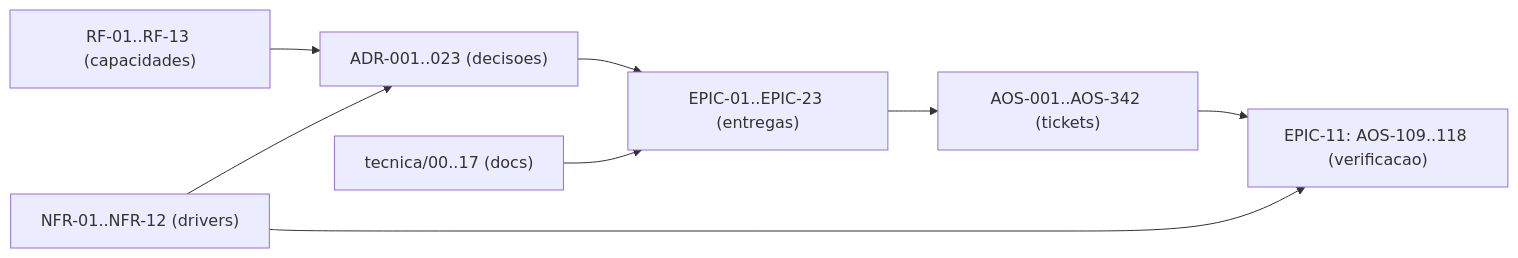
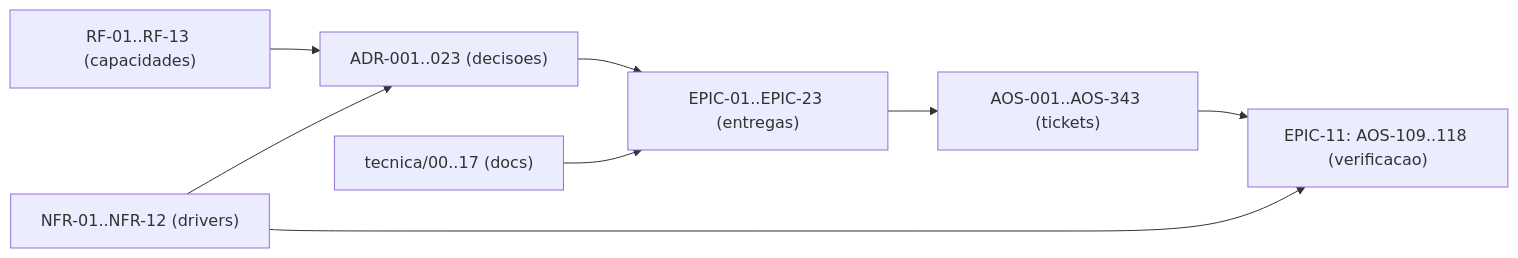
Before and after one commit to albinoJimy/aos: the diagram in tecnica/16_Rastreabilidade_RTM.md, drawn with Mermaid. The commit also changed other lines of this file and 4 other files, not shown here.

````diff
--- a/tecnica/16_Rastreabilidade_RTM.md
+++ b/tecnica/16_Rastreabilidade_RTM.md
@@ -180,10 +180,10 @@
 ```mermaid
 flowchart LR
     RF["RF-01..RF-13 (capacidades)"] --> ADR["ADR-001..023 (decisoes)"]
     NFR["NFR-01..NFR-12 (drivers)"] --> ADR
     ADR --> EPIC["EPIC-01..EPIC-23 (entregas)"]
-    EPIC --> TICK["AOS-001..AOS-342 (tickets)"]
+    EPIC --> TICK["AOS-001..AOS-343 (tickets)"]
     DOC["tecnica/00..17 (docs)"] --> EPIC
     TICK --> TEST["EPIC-11: AOS-109..118 (verificacao)"]
     NFR --> TEST
 ```
````
